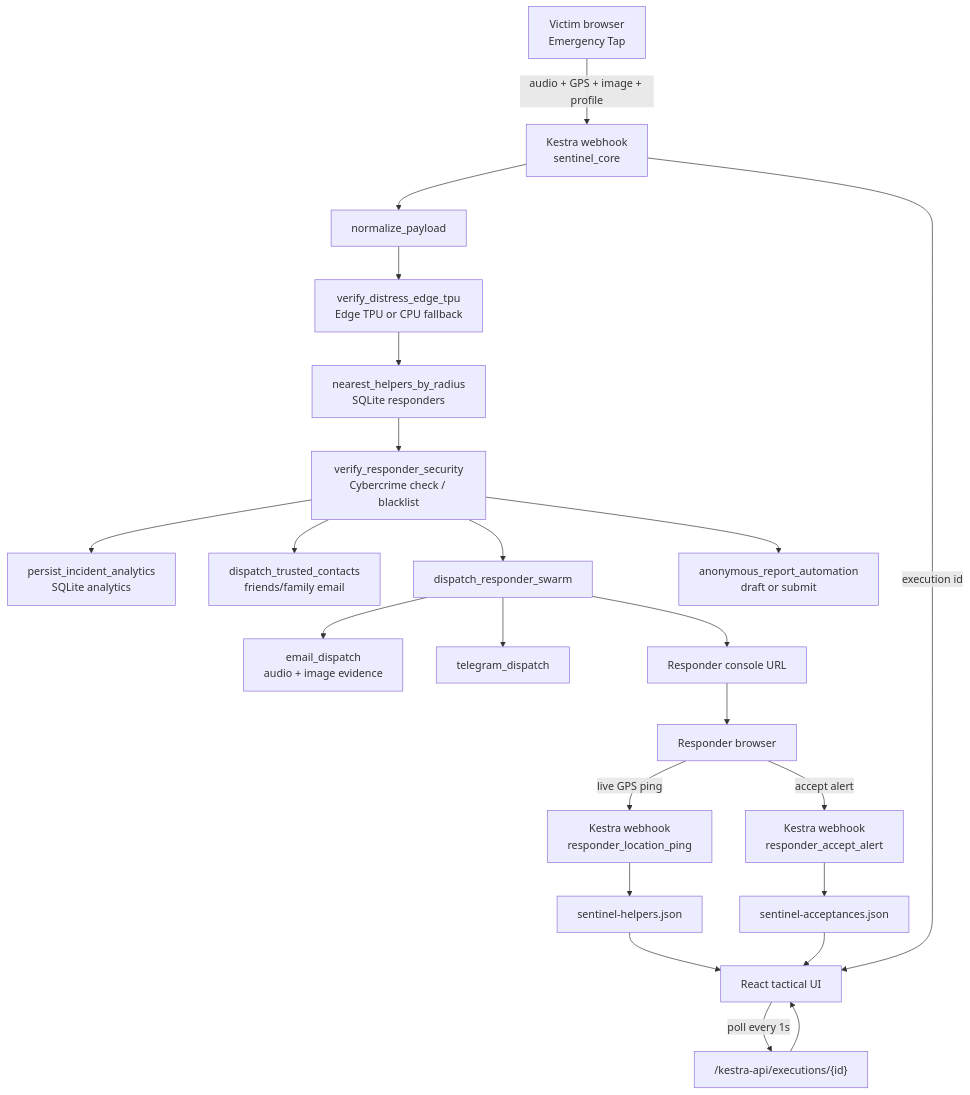
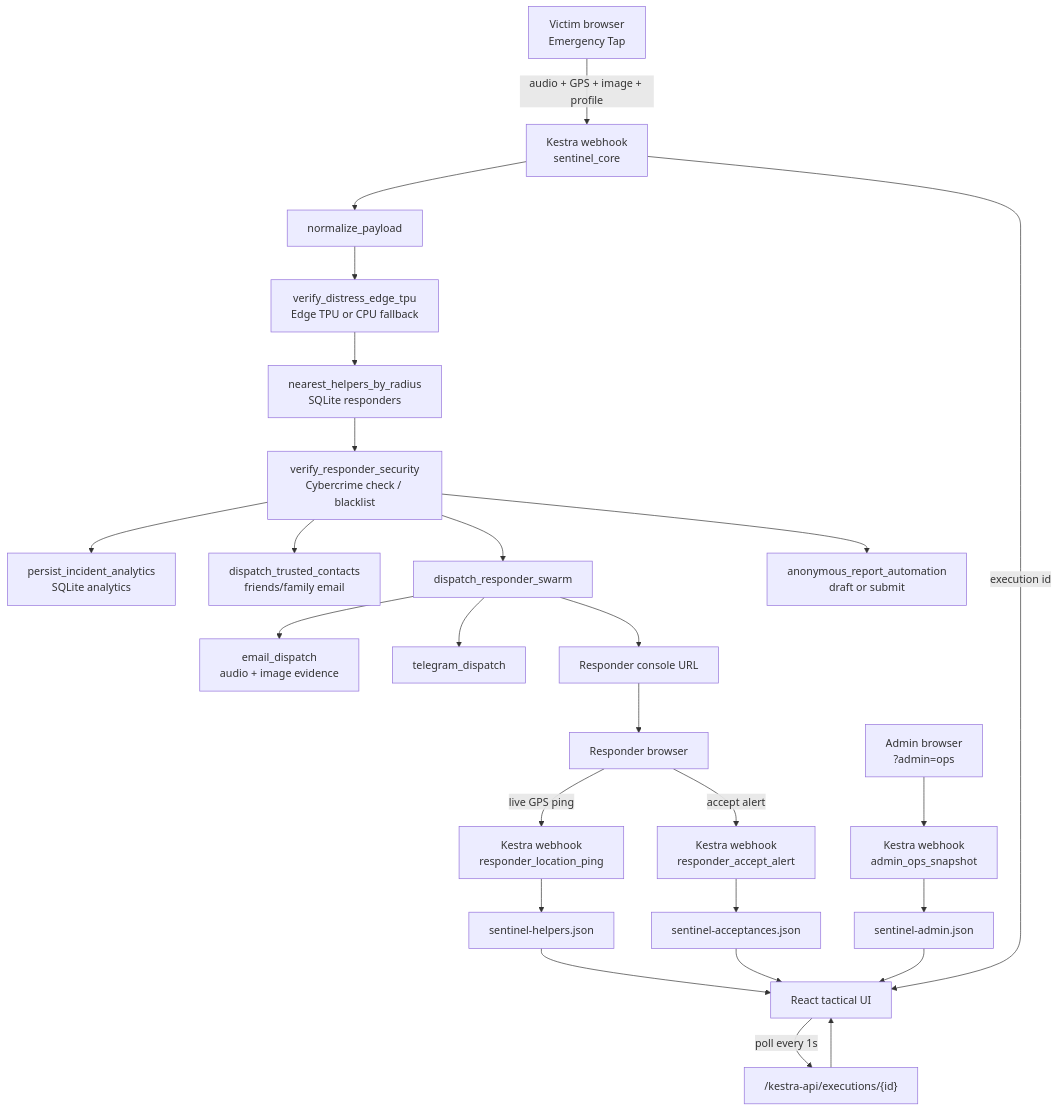
One commit to FiscalMindset/women changed the diagram in README.md. Above: the diagram before and after it, drawn with Mermaid. The commit also changed other lines of this file and 13 other files, not shown here.

Commit message:
Add admin ops and responder acceptance metrics

````diff
--- a/README.md
+++ b/README.md
@@ -22,25 +24,28 @@
 ```mermaid
 flowchart TD
   Victim["Victim browser<br/>Emergency Tap"] -->|audio + GPS + image + profile| Intake["Kestra webhook<br/>sentinel_core"]
   Intake --> Normalize["normalize_payload"]
   Normalize --> Edge["verify_distress_edge_tpu<br/>Edge TPU or CPU fallback"]
   Edge --> Helpers["nearest_helpers_by_radius<br/>SQLite responders"]
   Helpers --> Security["verify_responder_security<br/>Cybercrime check / blacklist"]
   Security --> Analytics["persist_incident_analytics<br/>SQLite analytics"]
   Security --> Trusted["dispatch_trusted_contacts<br/>friends/family email"]
   Security --> Dispatch["dispatch_responder_swarm"]
   Dispatch --> Email["email_dispatch<br/>audio + image evidence"]
   Dispatch --> Telegram["telegram_dispatch"]
   Dispatch --> ResponderURL["Responder console URL"]
   Security --> Report["anonymous_report_automation<br/>draft or submit"]
   ResponderURL --> Responder["Responder browser"]
   Responder -->|accept alert| AcceptFlow["Kestra webhook<br/>responder_accept_alert"]
   Responder -->|live GPS ping| LocationFlow["Kestra webhook<br/>responder_location_ping"]
+  Admin["Admin browser<br/>?admin=ops"] --> AdminFlow["Kestra webhook<br/>admin_ops_snapshot"]
   AcceptFlow --> AcceptanceJSON["sentinel-acceptances.json"]
   LocationFlow --> HelpersJSON["sentinel-helpers.json"]
+  AdminFlow --> AdminJSON["sentinel-admin.json"]
   HelpersJSON --> UI["React tactical UI"]
   AcceptanceJSON --> UI
+  AdminJSON --> UI
   Intake -->|execution id| UI
   UI -->|poll every 1s| KestraAPI["/kestra-api/executions/{id}"]
   KestraAPI --> UI
 ```
````
